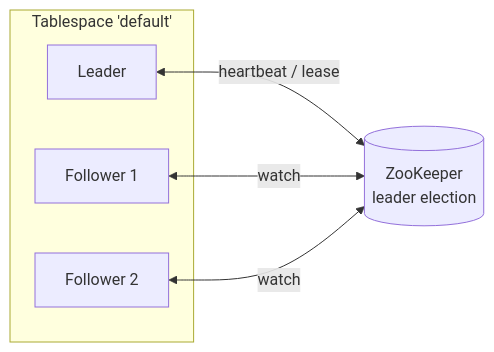
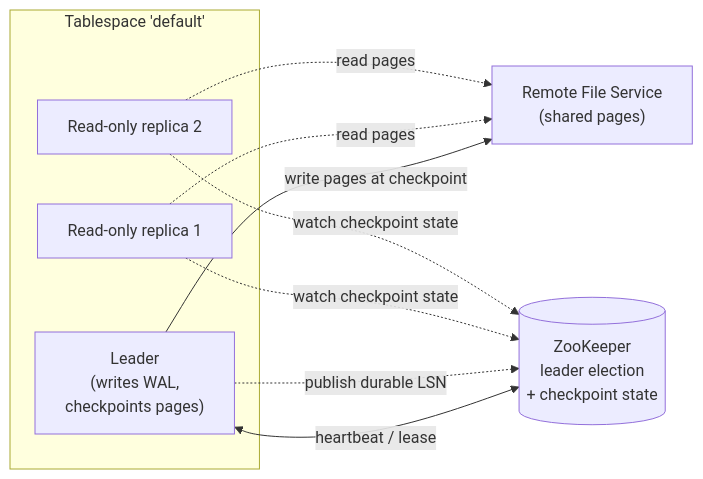
The third of 6 diagrams in README.md (eolivelli/herddb), drawn with Mermaid before and after one commit. The commit also changed other lines of this file, not shown here.

````diff
--- a/README.md
+++ b/README.md
@@ -153,12 +158,19 @@
 ```mermaid
 flowchart LR
-  ZK[("ZooKeeper<br/>leader election")]
+  ZK[("ZooKeeper<br/>leader election<br/>+ checkpoint state")]
   subgraph Tablespace["Tablespace 'default'"]
-    L["Leader"]
-    F1["Follower 1"]
-    F2["Follower 2"]
+    L["Leader<br/>(writes WAL,<br/>checkpoints pages)"]
+    R1["Read-only replica 1"]
+    R2["Read-only replica 2"]
   end
+  RFS["Remote File Service<br/>(shared pages)"]
+
+  L -->|write pages at checkpoint| RFS
+  R1 -. read pages .-> RFS
+  R2 -. read pages .-> RFS
+
   L <-->|heartbeat / lease| ZK
-  F1 <-->|watch| ZK
-  F2 <-->|watch| ZK
+  L -. publish durable LSN .-> ZK
+  R1 -. watch checkpoint state .-> ZK
+  R2 -. watch checkpoint state .-> ZK
 ```
````
